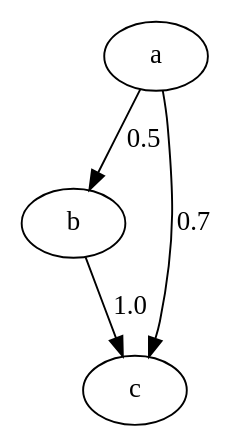
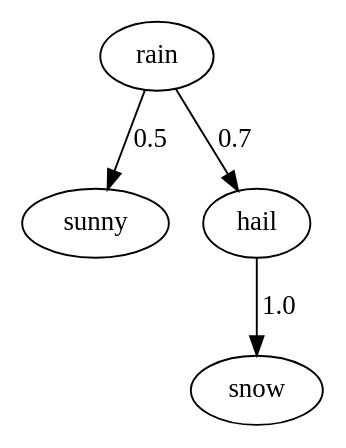
The diagram in src/test_markov_chain.dot (calebwin/margin), drawn with Graphviz before and after one commit. The commit also changed 4 other files, not shown here.

```diff
--- a/src/test_markov_chain.dot
+++ b/src/test_markov_chain.dot
@@ -1,5 +1,5 @@
 digraph my_markov_chain {
-		a -> b [label = 0.5];
-		b -> c [label = 1.0];
-		a -> c [label = 0.7];
+		"rain" -> "sunny" [label = 0.5];
+		"hail" -> "snow" [label = 1.0];
+		"rain" -> "hail" [label = 0.7]; /* a comment*/
 }
```
